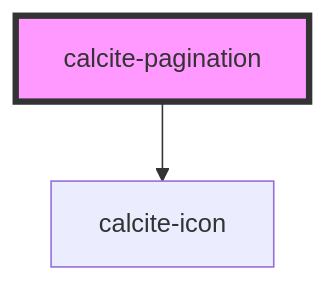
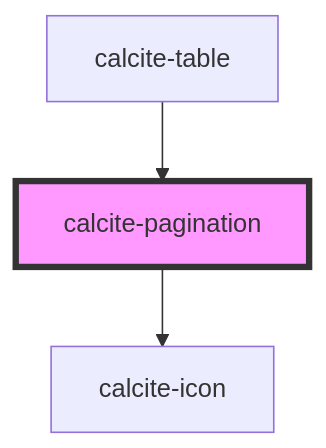
One commit to vikivakarvc/calcite-design-system changed the diagram in packages/calcite-components/src/components/pagination/readme.md. Above: the diagram before and after it, drawn with Mermaid. The commit also changed other lines of this file and 91 other files, not shown here.

````diff
--- a/packages/calcite-components/src/components/pagination/readme.md
+++ b/packages/calcite-components/src/components/pagination/readme.md
@@ -72,5 +84,6 @@
 ```mermaid
 graph TD;
   calcite-pagination --> calcite-icon
+  calcite-table --> calcite-pagination
   style calcite-pagination fill:#f9f,stroke:#333,stroke-width:4px
 ```
````
